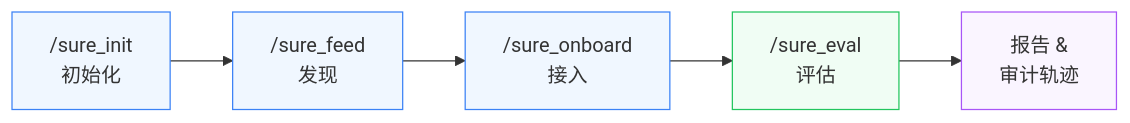
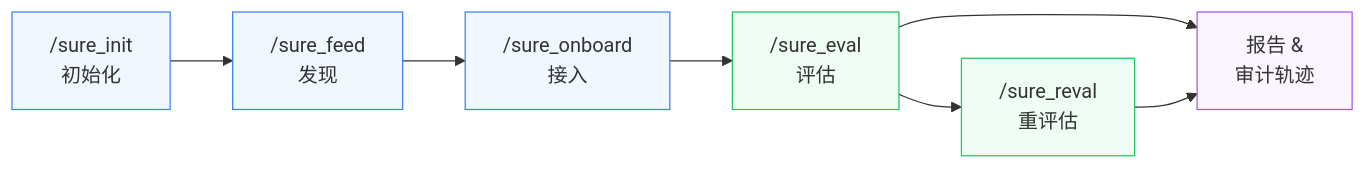
One commit to PigeonDan1/sure changed the first of 2 diagrams in README_ZH.md. Above: the diagram before and after it, drawn with Mermaid. The commit also changed other lines of this file and 14 other files, not shown here.

````diff
--- a/README_ZH.md
+++ b/README_ZH.md
@@ -17,13 +28,16 @@
 ```mermaid
 flowchart LR
     Init["/sure_init<br/>初始化"] --> Feed["/sure_feed<br/>发现"]
     Feed --> Onboard["/sure_onboard<br/>接入"]
     Onboard --> Eval["/sure_eval<br/>评估"]
+    Eval --> Reval["/sure_reval<br/>重评估"]
     Eval --> Artifacts["报告 &<br/>审计轨迹"]
+    Reval --> Artifacts
 
     style Init fill:#f0f7ff,stroke:#3b82f6
     style Feed fill:#f0f7ff,stroke:#3b82f6
     style Onboard fill:#f0f7ff,stroke:#3b82f6
     style Eval fill:#f0fdf4,stroke:#22c55e
+    style Reval fill:#f0fdf4,stroke:#22c55e
     style Artifacts fill:#faf5ff,stroke:#a855f7
 ```
````
